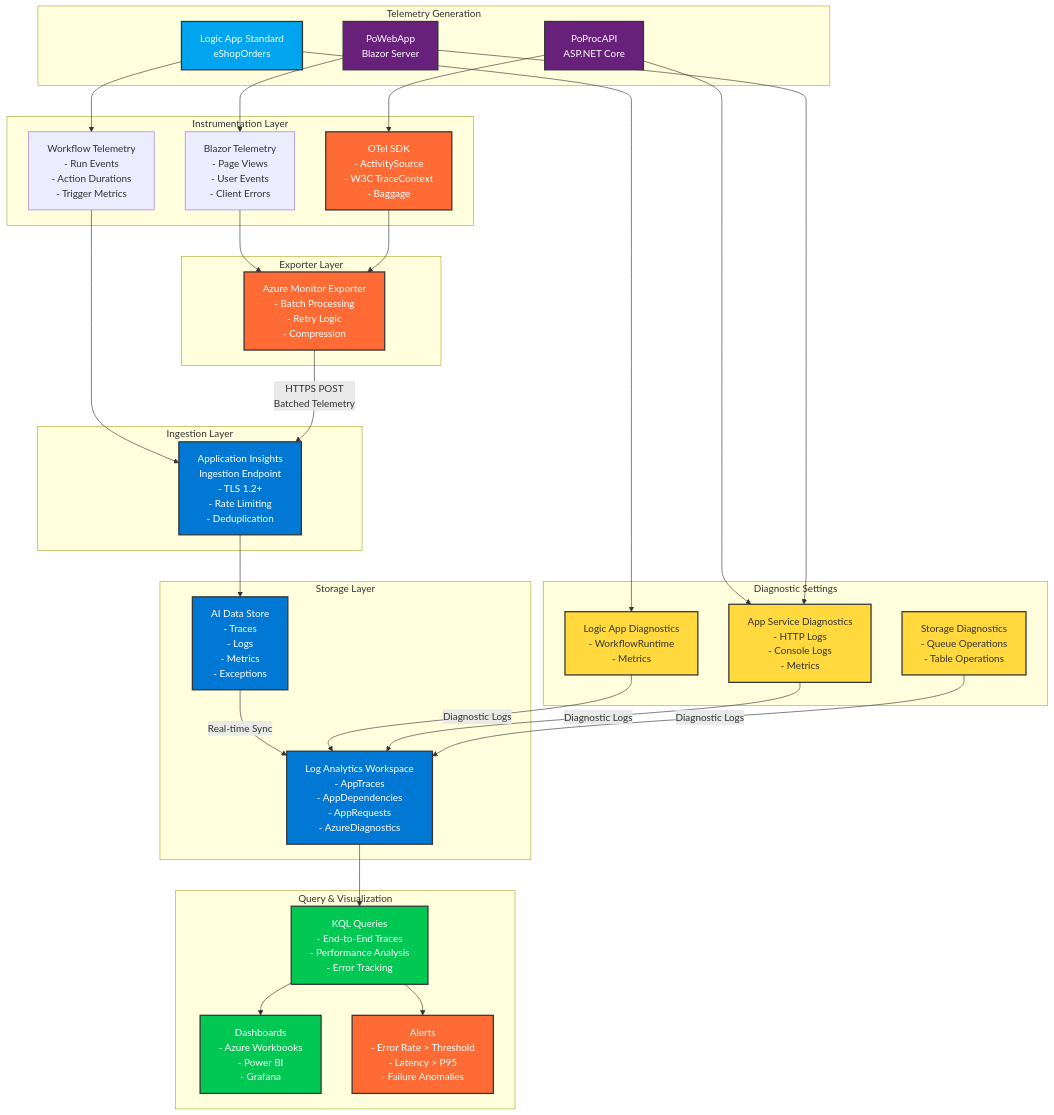
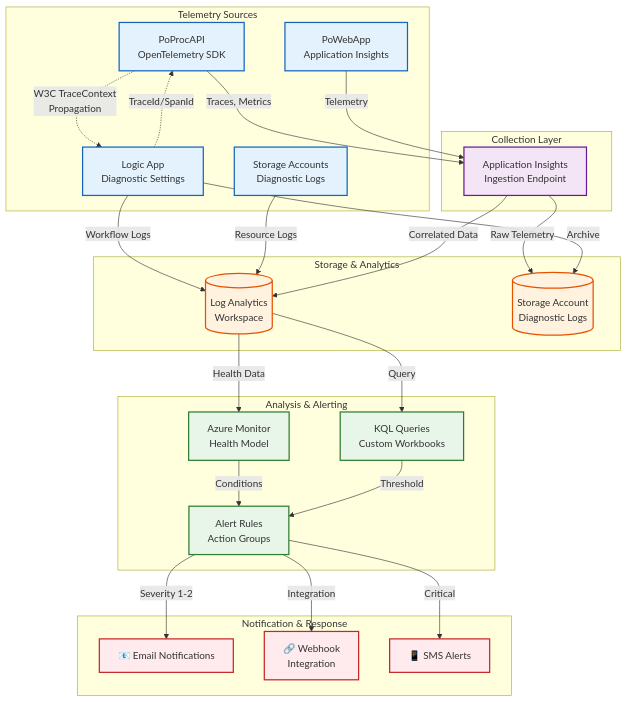
Before and after one commit to Evilazaro/Azure-LogicApps-Monitoring: the fourth of 4 diagrams in README.md, drawn with Mermaid. The commit also changed other lines of this file, not shown here.

Commit message:
Implement feature X to enhance user experience and optimize performance

````diff
--- a/README.md
+++ b/README.md
@@ -402,82 +308,66 @@
 ```mermaid
-flowchart TD
-    subgraph "Telemetry Generation"
-        A1[PoWebApp<br/>Blazor Server]
-        A2[Logic App Standard<br/>eShopOrders]
-        A3[PoProcAPI<br/>ASP.NET Core]
+flowchart TB
+    subgraph "Telemetry Sources"
+        API[PoProcAPI<br/>OpenTelemetry SDK]
+        WEBAPP[PoWebApp<br/>Application Insights]
+        LOGICAPP[Logic App<br/>Diagnostic Settings]
+        STORAGE[Storage Accounts<br/>Diagnostic Logs]
     end
+
+    subgraph "Collection Layer"
+        APPINS[Application Insights<br/>Ingestion Endpoint]
+    end
+
+    subgraph "Storage & Analytics"
+        LAWS[(Log Analytics<br/>Workspace)]
+        LOGSTORAGE[(Storage Account<br/>Diagnostic Logs)]
+    end
+
+    subgraph "Analysis & Alerting"
+        QUERIES[KQL Queries<br/>Custom Workbooks]
+        HEALTHMODEL[Azure Monitor<br/>Health Model]
+        ALERTS[Alert Rules<br/>Action Groups]
+    end
+
+    subgraph "Notification & Response"
+        EMAIL[📧 Email Notifications]
+        WEBHOOK[🔗 Webhook<br/>Integration]
+        SMS[📱 SMS Alerts]
+    end
+
+    %% Data flow
+    API -->|Traces, Metrics| APPINS
+    WEBAPP -->|Telemetry| APPINS
+    LOGICAPP -->|Workflow Logs| LAWS
+    STORAGE -->|Resource Logs| LAWS
     
-    subgraph "Instrumentation Layer"
-        B1[Blazor Telemetry<br/>- Page Views<br/>- User Events<br/>- Client Errors]
-        B2[Workflow Telemetry<br/>- Run Events<br/>- Action Durations<br/>- Trigger Metrics]
-        B3[OTel SDK<br/>- ActivitySource<br/>- W3C TraceContext<br/>- Baggage]
-    end
+    APPINS -->|Correlated Data| LAWS
+    APPINS -->|Raw Telemetry| LOGSTORAGE
+    LOGICAPP -->|Archive| LOGSTORAGE
     
-    subgraph "Exporter Layer"
-        C1[Azure Monitor Exporter<br/>- Batch Processing<br/>- Retry Logic<br/>- Compression]
-    end
+    LAWS -->|Query| QUERIES
+    LAWS -->|Health Data| HEALTHMODEL
     
-    subgraph "Ingestion Layer"
-        D1[Application Insights<br/>Ingestion Endpoint<br/>- TLS 1.2+<br/>- Rate Limiting<br/>- Deduplication]
-    end
+    HEALTHMODEL -->|Conditions| ALERTS
+    QUERIES -->|Threshold| ALERTS
     
-    subgraph "Storage Layer"
-        E1[AI Data Store<br/>- Traces<br/>- Logs<br/>- Metrics<br/>- Exceptions]
-        E2[Log Analytics Workspace<br/>- AppTraces<br/>- AppDependencies<br/>- AppRequests<br/>- AzureDiagnostics]
-    end
-    
-    subgraph "Diagnostic Settings"
-        F1[Logic App Diagnostics<br/>- WorkflowRuntime<br/>- Metrics]
-        F2[App Service Diagnostics<br/>- HTTP Logs<br/>- Console Logs<br/>- Metrics]
-        F3[Storage Diagnostics<br/>- Queue Operations<br/>- Table Operations]
-    end
-    
-    subgraph "Query & Visualization"
-        G1[KQL Queries<br/>- End-to-End Traces<br/>- Performance Analysis<br/>- Error Tracking]
-        G2[Dashboards<br/>- Azure Workbooks<br/>- Power BI<br/>- Grafana]
-        G3[Alerts<br/>- Error Rate > Threshold<br/>- Latency > P95<br/>- Failure Anomalies]
-    end
-    
-    A1 --> B1
-    A2 --> B2
-    A3 --> B3
-    
-    B1 --> C1
-    B2 --> D1
-    B3 --> C1
-    
-    C1 -->|HTTPS POST<br/>Batched Telemetry| D1
-    D1 --> E1
-    E1 -->|Real-time Sync| E2
-    
-    A2 --> F1
-    A3 --> F2
-    A1 --> F2
-    
-    F1 -->|Diagnostic Logs| E2
-    F2 -->|Diagnostic Logs| E2
-    F3 -->|Diagnostic Logs| E2
-    
-    E2 --> G1
-    G1 --> G2
-    G1 --> G3
-    
-    style A1 fill:#68217A,stroke:#333,stroke-width:2px,color:#fff
-    style A2 fill:#00A4EF,stroke:#333,stroke-width:2px,color:#fff
-    style A3 fill:#68217A,stroke:#333,stroke-width:2px,color:#fff
-    
-    style B3 fill:#FF6B35,stroke:#333,stroke-width:2px,color:#fff
-    style C1 fill:#FF6B35,stroke:#333,stroke-width:2px,color:#fff
-    
-    style D1 fill:#0078D4,stroke:#333,stroke-width:2px,color:#fff
-    style E1 fill:#0078D4,stroke:#333,stroke-width:2px,color:#fff
-    style E2 fill:#0078D4,stroke:#333,stroke-width:2px,color:#fff
-    
-    style F1 fill:#FFD93D,stroke:#333,stroke-width:2px
-    style F2 fill:#FFD93D,stroke:#333,stroke-width:2px
-    style F3 fill:#FFD93D,stroke:#333,stroke-width:2px
-    
-    style G1 fill:#00C853,stroke:#333,stroke-width:2px,color:#fff
-    style G2 fill:#00C853,stroke:#333,stroke-width:2px,color:#fff
-    style G3 fill:#FF6B35,stroke:#333,stroke-width:2px,color:#fff
+    ALERTS -->|Severity 1-2| EMAIL
+    ALERTS -->|Critical| SMS
+    ALERTS -->|Integration| WEBHOOK
+
+    %% Trace Context Flow
+    API -.->|W3C TraceContext<br/>Propagation| LOGICAPP
+    LOGICAPP -.->|TraceId/SpanId| API
+
+    classDef sourceClass fill:#e3f2fd,stroke:#1565c0,stroke-width:2px
+    classDef collectionClass fill:#f3e5f5,stroke:#6a1b9a,stroke-width:2px
+    classDef storageClass fill:#fff3e0,stroke:#e65100,stroke-width:2px
+    classDef analysisClass fill:#e8f5e9,stroke:#2e7d32,stroke-width:2px
+    classDef notificationClass fill:#ffebee,stroke:#c62828,stroke-width:2px
+
+    class API,WEBAPP,LOGICAPP,STORAGE sourceClass
+    class APPINS collectionClass
+    class LAWS,LOGSTORAGE storageClass
+    class QUERIES,HEALTHMODEL,ALERTS analysisClass
+    class EMAIL,WEBHOOK,SMS notificationClass
 ```
````
